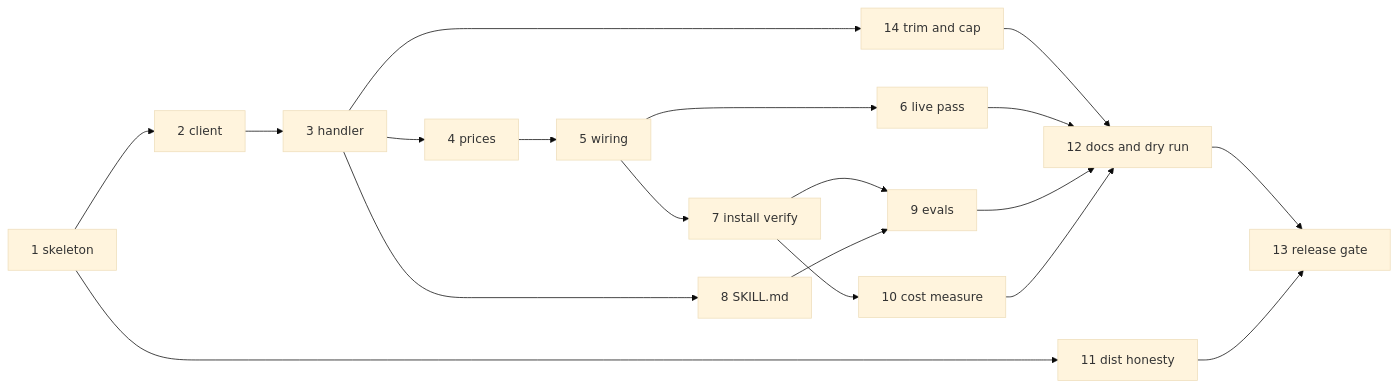
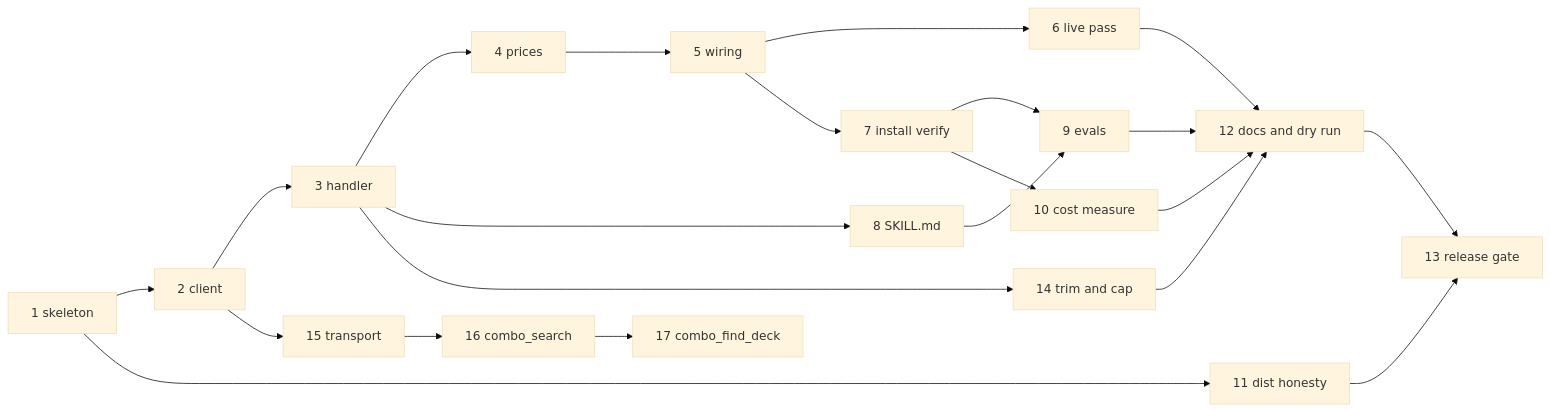
The diagram in docs/DEV-ROADMAP.md (njohnb/Manabase), drawn with Mermaid (base theme) before and after one commit. The commit also changed other lines of this file and 3 other files, not shown here.

First line of the commit message:
docs: scope Phase 2 as Slices 15-17 and open the roadmap section

````diff
--- a/docs/DEV-ROADMAP.md
+++ b/docs/DEV-ROADMAP.md
@@ -993,15 +1011,16 @@
 ```mermaid
 graph LR
   S1[1 skeleton] --> S2[2 client] --> S3[3 handler] --> S4[4 prices] --> S5[5 wiring] --> S6[6 live pass]
   S5 --> S7[7 install verify]
   S3 --> S8[8 SKILL.md]
   S7 --> S9[9 evals]
   S8 --> S9
   S7 --> S10[10 cost measure]
   S1 --> S11[11 dist honesty]
   S3 --> S14[14 trim and cap] --> S12
   S6 --> S12
   S9 --> S12[12 docs and dry run]
   S10 --> S12 --> S13[13 release gate]
   S11 --> S13
+  S2 --> S15[15 transport] --> S16[16 combo_search] --> S17[17 combo_find_deck]
 ```
````
